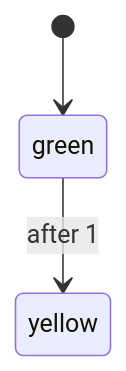
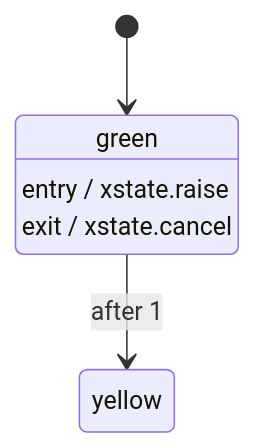
The diagram in src/__snapshots__/after_002.mermaid (emmby/xstate-diagram), drawn with Mermaid before and after one commit. The commit also changed 5 other files, not shown here.

Commit message:
feat(compiler): naturally parse and route state entry and exit actions structurally to geometry graph

```diff
--- a/src/__snapshots__/after_002.mermaid
+++ b/src/__snapshots__/after_002.mermaid
@@ -1,5 +1,7 @@
 stateDiagram-v2
   state "green" as green
   state "yellow" as yellow
   [*] --> green
+  green : entry / xstate.raise
+  green : exit / xstate.cancel
   green --> yellow : after 1
```
